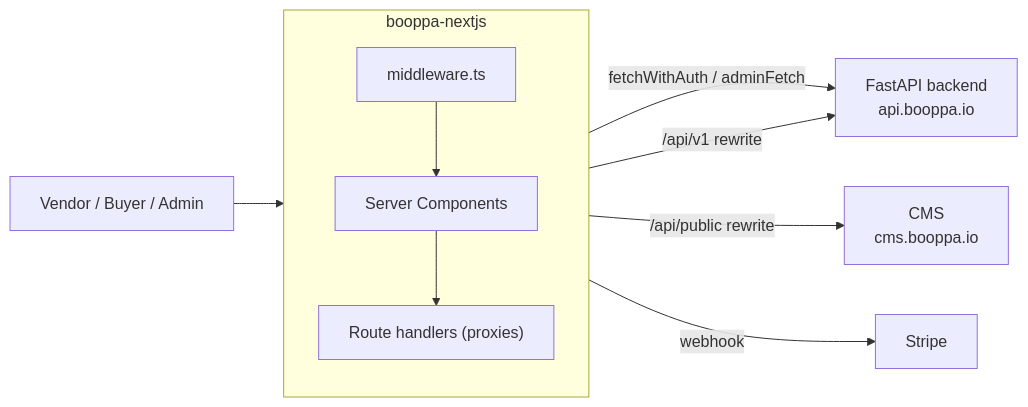
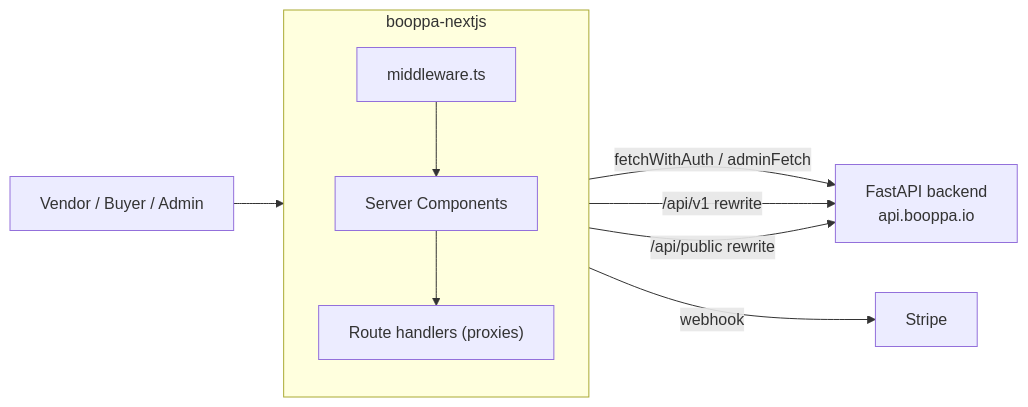
The first of 4 diagrams in ARCHITECTURE.md (Alfred-ZinMinKhant/booppa-nextjs), drawn with Mermaid before and after one commit. The commit also changed other lines of this file and 5 other files, not shown here.

First line of the commit message:
Drop cms.booppa.io now that the Django CMS is retired

````diff
--- a/ARCHITECTURE.md
+++ b/ARCHITECTURE.md
@@ -9,21 +9,20 @@
 ```mermaid
 flowchart LR
   User["Vendor / Buyer / Admin"]
   subgraph FE["booppa-nextjs"]
     direction TB
     MW["middleware.ts"]
     RSC["Server Components"]
     RH["Route handlers (proxies)"]
   end
   API["FastAPI backend<br/>api.booppa.io"]
-  CMS["CMS<br/>cms.booppa.io"]
   Stripe["Stripe"]
 
   User --> MW
   MW --> RSC
   RSC --> RH
   RH -->|fetchWithAuth / adminFetch| API
   RSC -->|/api/v1 rewrite| API
-  RSC -->|/api/public rewrite| CMS
+  RSC -->|/api/public rewrite| API
   RH -->|webhook| Stripe
 ```
````
